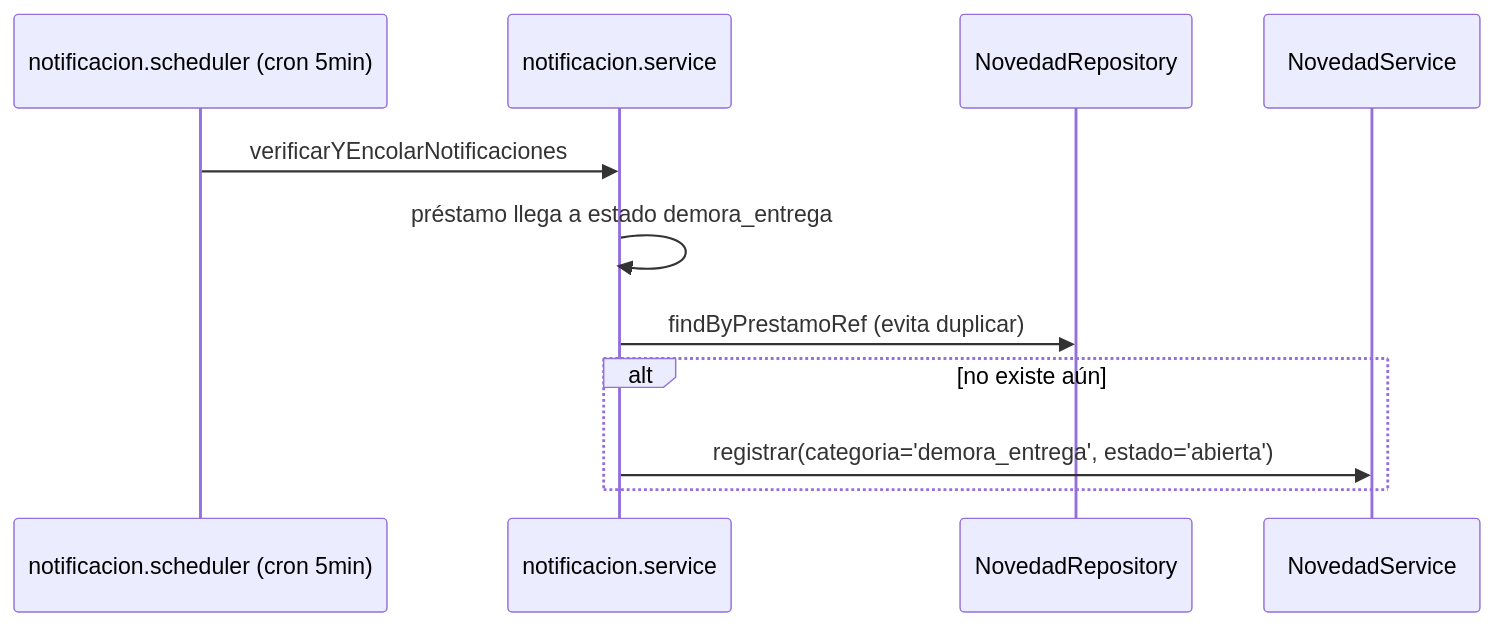
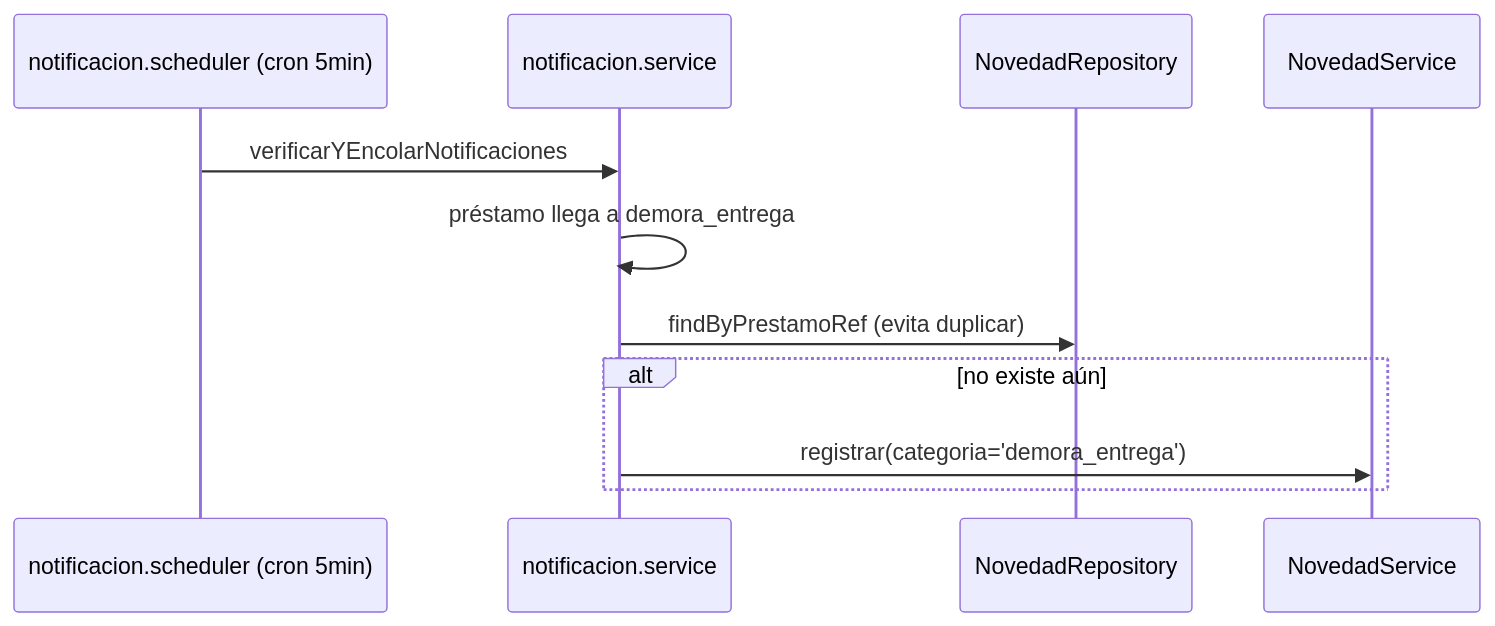
The third of 4 diagrams in analisis/backend/novedades.md (DanielPuertaBernal/LlaveroUCO), drawn with Mermaid before and after one commit. The commit also changed other lines of this file and 23 other files, not shown here.

````diff
--- a/analisis/backend/novedades.md
+++ b/analisis/backend/novedades.md
@@ -67,14 +74,14 @@
 ```mermaid
 sequenceDiagram
     participant Sched as notificacion.scheduler (cron 5min)
     participant NotifS as notificacion.service
     participant NovRepo as NovedadRepository
     participant NovS as NovedadService
 
     Sched->>NotifS: verificarYEncolarNotificaciones
-    NotifS->>NotifS: préstamo llega a estado demora_entrega
+    NotifS->>NotifS: préstamo llega a demora_entrega
     NotifS->>NovRepo: findByPrestamoRef (evita duplicar)
     alt no existe aún
-        NotifS->>NovS: registrar(categoria='demora_entrega', estado='abierta')
+        NotifS->>NovS: registrar(categoria='demora_entrega')
     end
 ```
````
